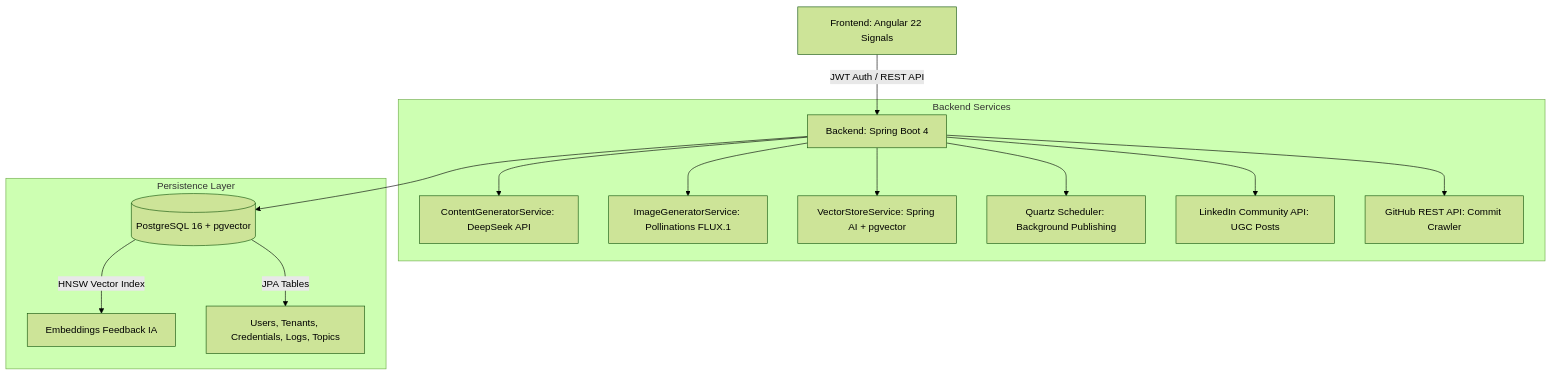
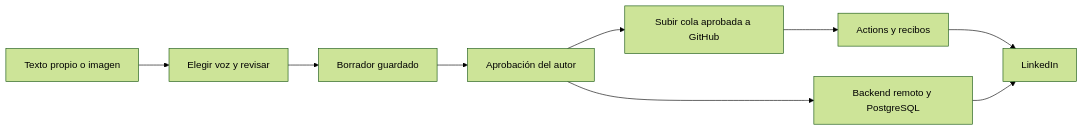
One commit to Deyvid0932/linkedin-post changed the diagram in README.md. Above: the diagram before and after it, drawn with Mermaid (forest theme). The commit also changed other lines of this file and 217 other files, not shown here.

Commit message:
feat: redesign AutoPost and add Actions publishing

````diff
--- a/README.md
+++ b/README.md
@@ -56,19 +14,11 @@
 ```mermaid
-graph TD
-    A[Frontend: Angular 22 Signals] -->|JWT Auth / REST API| B[Backend: Spring Boot 4]
-    
-    subgraph Backend Services
-        B --> C[ContentGeneratorService: DeepSeek API]
-        B --> D[ImageGeneratorService: Pollinations FLUX.1]
-        B --> E[VectorStoreService: Spring AI + pgvector]
-        B --> F[Quartz Scheduler: Background Publishing]
-        B --> G[LinkedIn Community API: UGC Posts]
-        B --> H[GitHub REST API: Commit Crawler]
-    end
-    
-    subgraph Persistence Layer
-        B --> I[(PostgreSQL 16 + pgvector)]
-        I -->|HNSW Vector Index| J[Embeddings Feedback IA]
-        I -->|JPA Tables| K[Users, Tenants, Credentials, Logs, Topics]
-    end
+flowchart LR
+  A[Texto propio o imagen] --> B[Elegir voz y revisar]
+  B --> C[Borrador guardado]
+  C --> D[Aprobación del autor]
+  D --> E[Subir cola aprobada a GitHub]
+  E --> F[Actions y recibos]
+  F --> G[LinkedIn]
+  D --> H[Backend remoto y PostgreSQL]
+  H --> G
 ```
````
